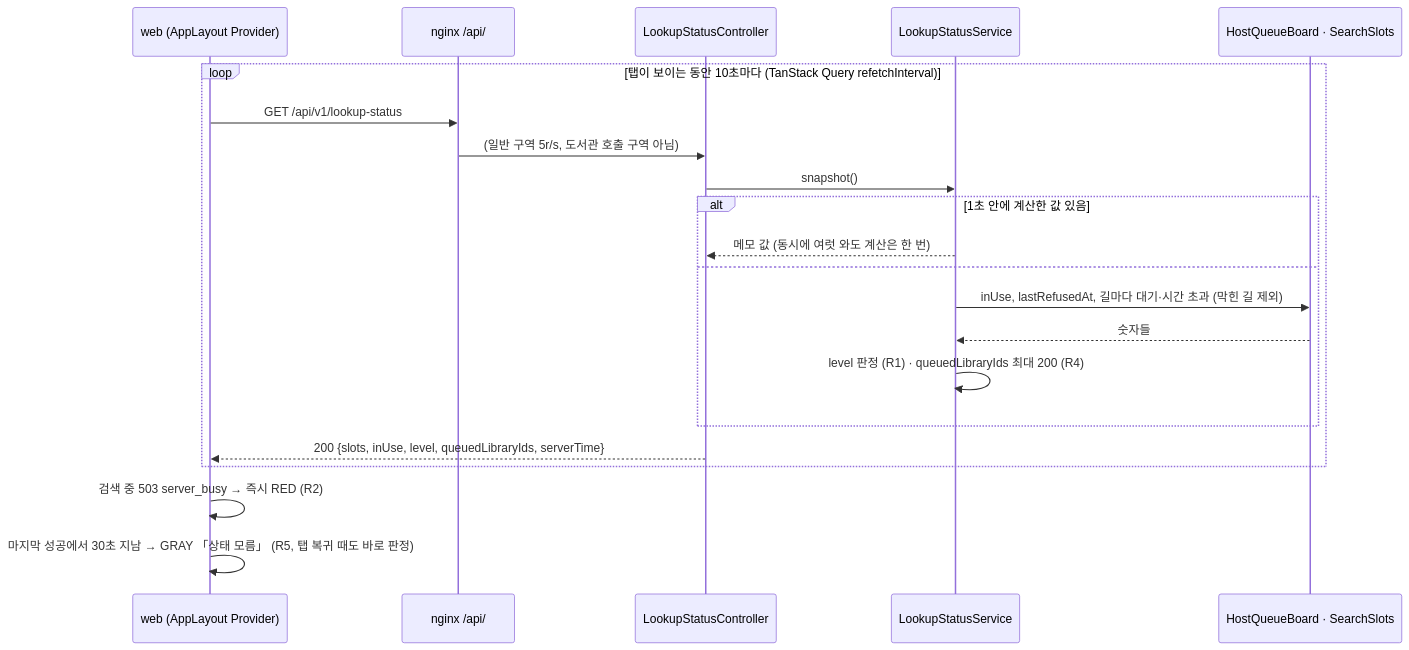
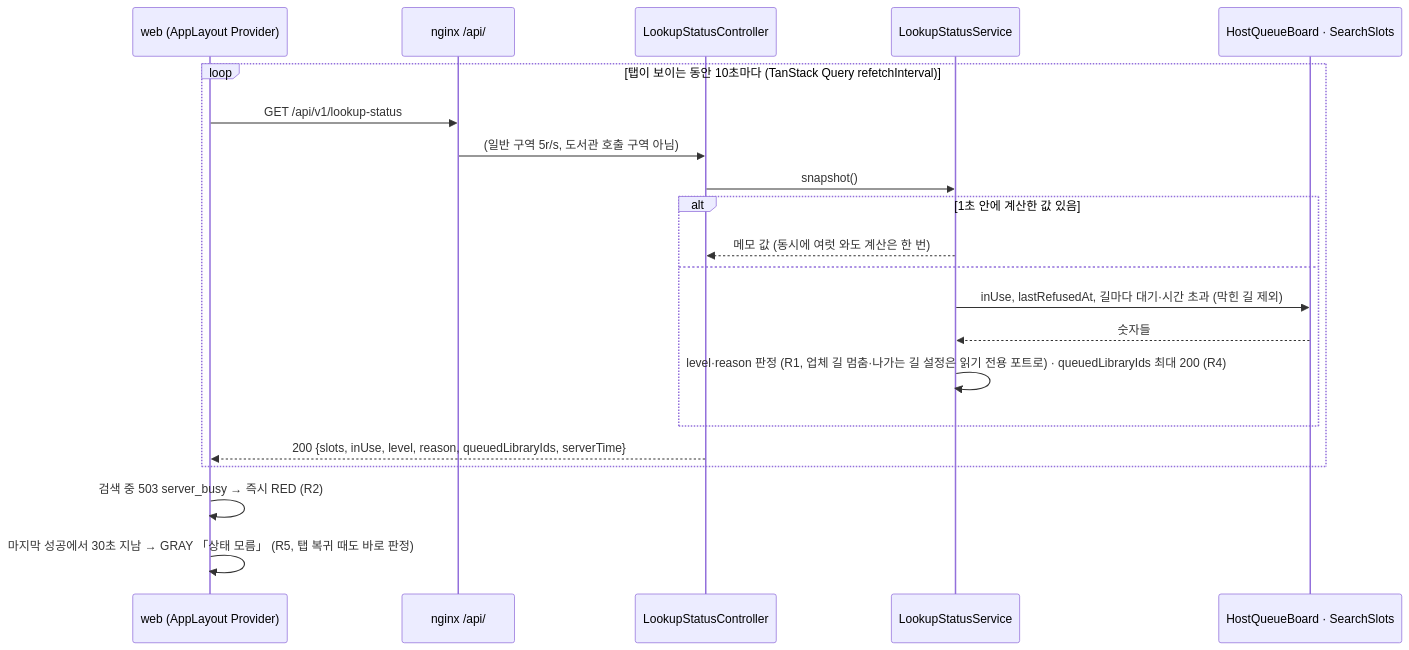
One commit to hodu-sketch/chaekcheck-plan changed the second of 6 diagrams in docs/cycles/20-lookup-status-and-extension/design-delta.md. Above: the diagram before and after it, drawn with Mermaid. The commit also changed other lines of this file and 11 other files, not shown here.

````diff
--- a/docs/cycles/20-lookup-status-and-extension/design-delta.md
+++ b/docs/cycles/20-lookup-status-and-extension/design-delta.md
@@ -40,23 +41,23 @@
 ```mermaid
 sequenceDiagram
   participant W as web (AppLayout Provider)
   participant N as nginx /api/
   participant C as LookupStatusController
   participant S as LookupStatusService
   participant B as HostQueueBoard · SearchSlots
   loop 탭이 보이는 동안 10초마다 (TanStack Query refetchInterval)
     W->>N: GET /api/v1/lookup-status
     N->>C: (일반 구역 5r/s, 도서관 호출 구역 아님)
     C->>S: snapshot()
     alt 1초 안에 계산한 값 있음
       S-->>C: 메모 값 (동시에 여럿 와도 계산은 한 번)
     else
       S->>B: inUse, lastRefusedAt, 길마다 대기·시간 초과 (막힌 길 제외)
       B-->>S: 숫자들
-      S->>S: level 판정 (R1) · queuedLibraryIds 최대 200 (R4)
+      S->>S: level·reason 판정 (R1, 업체 길 멈춤·나가는 길 설정은 읽기 전용 포트로) · queuedLibraryIds 최대 200 (R4)
     end
-    C-->>W: 200 {slots, inUse, level, queuedLibraryIds, serverTime}
+    C-->>W: 200 {slots, inUse, level, reason, queuedLibraryIds, serverTime}
   end
   W->>W: 검색 중 503 server_busy → 즉시 RED (R2)
   W->>W: 마지막 성공에서 30초 지남 → GRAY 「상태 모름」 (R5, 탭 복귀 때도 바로 판정)
 ```
````
